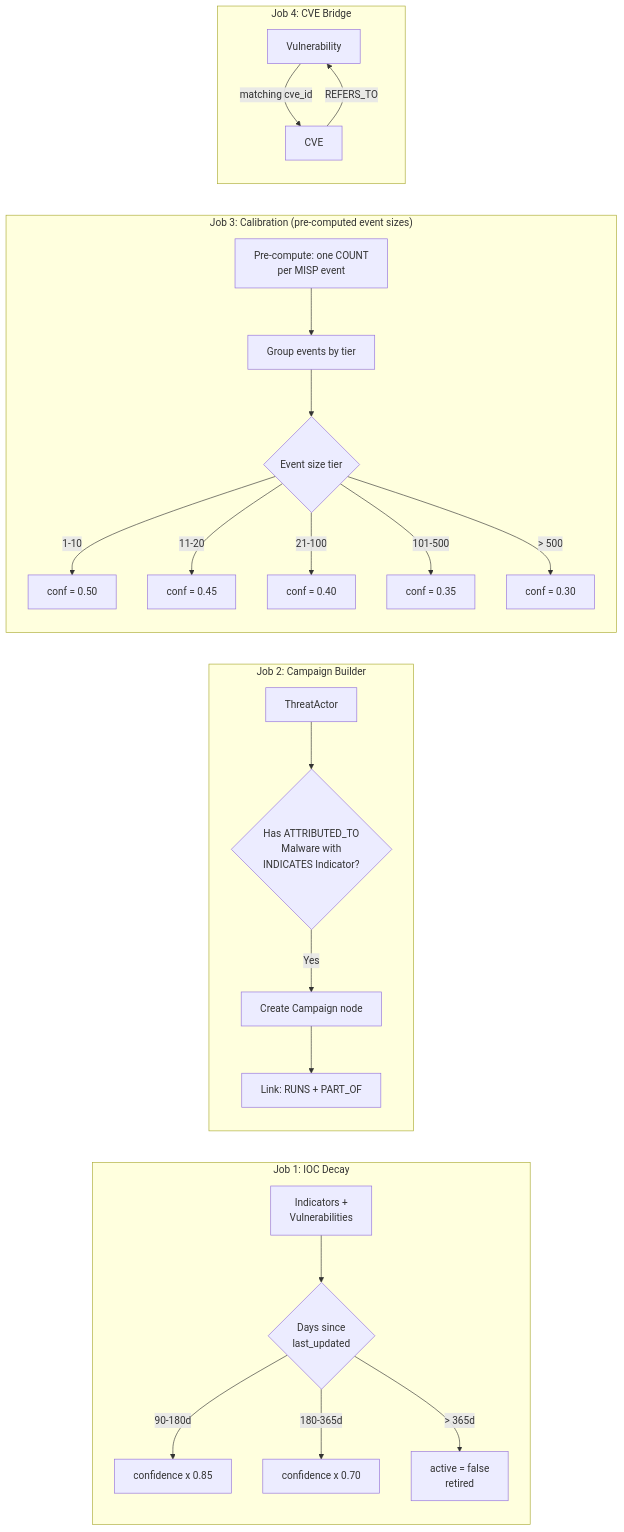
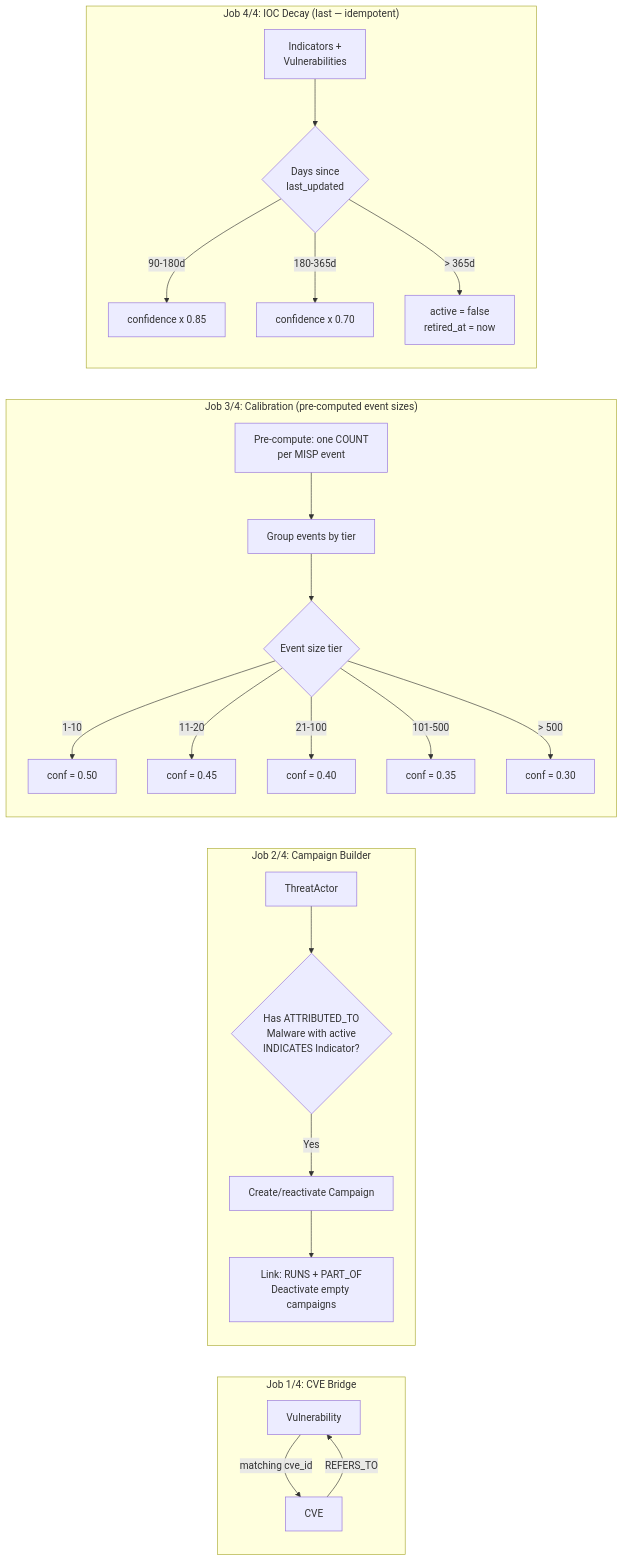
Before and after one commit to Kopanov/EdgeGuard-Knowledge-Graph: the eighth of 8 diagrams in docs/ARCHITECTURE_DIAGRAMS.md, drawn with Mermaid. The commit also changed other lines of this file, not shown here.

First line of the commit message:
docs: fix architecture diagrams to match actual code flow

````diff
--- a/docs/ARCHITECTURE_DIAGRAMS.md
+++ b/docs/ARCHITECTURE_DIAGRAMS.md
@@ -247,30 +250,30 @@
 ```mermaid
 flowchart LR
-    subgraph "Job 1: IOC Decay"
-        D1[Indicators +<br/>Vulnerabilities] --> D2{Days since<br/>last_updated}
-        D2 -->|90-180d| D3[confidence x 0.85]
-        D2 -->|180-365d| D4[confidence x 0.70]
-        D2 -->|> 365d| D5[active = false<br/>retired]
+    subgraph "Job 1/4: CVE Bridge"
+        BR1[Vulnerability] -->|matching cve_id| BR2[CVE]
+        BR2 -->|REFERS_TO| BR1
     end
 
-    subgraph "Job 2: Campaign Builder"
-        CB1[ThreatActor] --> CB2{Has ATTRIBUTED_TO<br/>Malware with<br/>INDICATES Indicator?}
-        CB2 -->|Yes| CB3[Create Campaign node]
-        CB3 --> CB4[Link: RUNS + PART_OF]
+    subgraph "Job 2/4: Campaign Builder"
+        CB1[ThreatActor] --> CB2{Has ATTRIBUTED_TO<br/>Malware with active<br/>INDICATES Indicator?}
+        CB2 -->|Yes| CB3[Create/reactivate Campaign]
+        CB3 --> CB4[Link: RUNS + PART_OF<br/>Deactivate empty campaigns]
     end
 
-    subgraph "Job 3: Calibration (pre-computed event sizes)"
+    subgraph "Job 3/4: Calibration (pre-computed event sizes)"
         CAL0[Pre-compute: one COUNT<br/>per MISP event] --> CAL1[Group events by tier]
         CAL1 --> CAL2{Event size tier}
         CAL2 -->|1-10| CAL3[conf = 0.50]
         CAL2 -->|11-20| CAL3b[conf = 0.45]
         CAL2 -->|21-100| CAL4[conf = 0.40]
         CAL2 -->|101-500| CAL5[conf = 0.35]
         CAL2 -->|> 500| CAL6[conf = 0.30]
     end
 
-    subgraph "Job 4: CVE Bridge"
-        BR1[Vulnerability] -->|matching cve_id| BR2[CVE]
-        BR2 -->|REFERS_TO| BR1
+    subgraph "Job 4/4: IOC Decay (last — idempotent)"
+        D1[Indicators +<br/>Vulnerabilities] --> D2{Days since<br/>last_updated}
+        D2 -->|90-180d| D3[confidence x 0.85]
+        D2 -->|180-365d| D4[confidence x 0.70]
+        D2 -->|> 365d| D5[active = false<br/>retired_at = now]
     end
 ```
````
